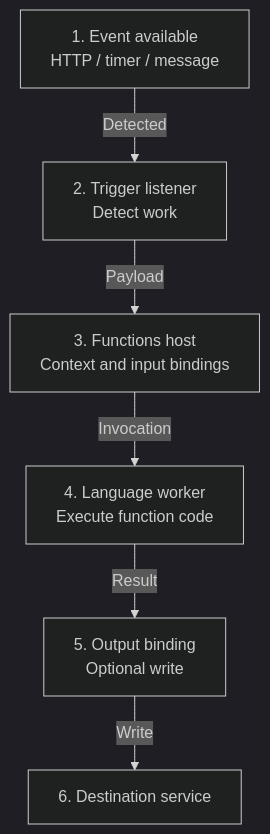
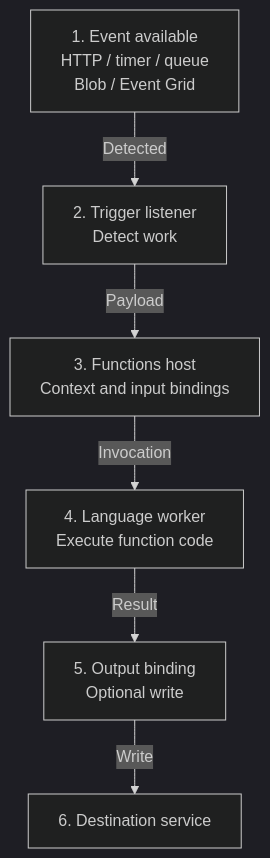
Before and after one commit to yeongseon/azure-functions-practical-guide: the third of 8 diagrams in docs/platform/architecture/index.md, drawn with Mermaid (dark theme). The commit also changed other lines of this file, not shown here.

First line of the commit message:
docs(diagrams): restore general architecture and invocation scope

````diff
--- a/docs/platform/architecture/index.md
+++ b/docs/platform/architecture/index.md
@@ -252,16 +278,16 @@
 ```mermaid
 flowchart TD
     accTitle: In what order does an invocation run?
     accDescr: Logical invocation stages, not network topology. A trigger is detected, the host coordinates bindings and worker execution, and optional output bindings write to a destination. In-process .NET executes code within the host instead.
-    E["1. Event available<br/>HTTP / timer / message"]
+    E["1. Event available<br/>HTTP / timer / queue<br/>Blob / Event Grid"]
     T["2. Trigger listener<br/>Detect work"]
     H["3. Functions host<br/>Context and input bindings"]
     W["4. Language worker<br/>Execute function code"]
     O["5. Output binding<br/>Optional write"]
     D["6. Destination service"]
     E -->|"Detected"| T
     T -->|"Payload"| H
     H -->|"Invocation"| W
     W -->|"Result"| O
     O -->|"Write"| D
 ```
````
